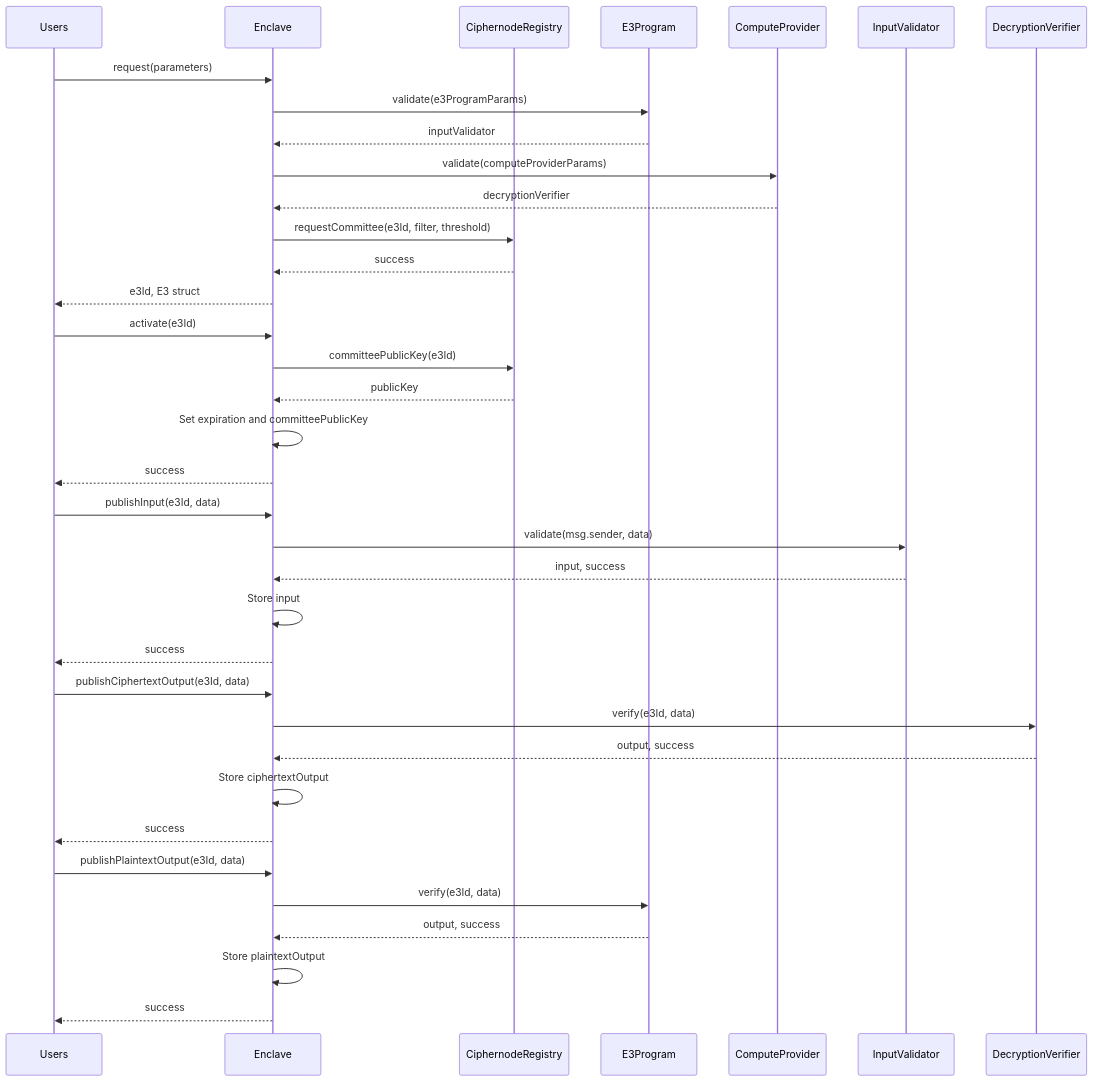
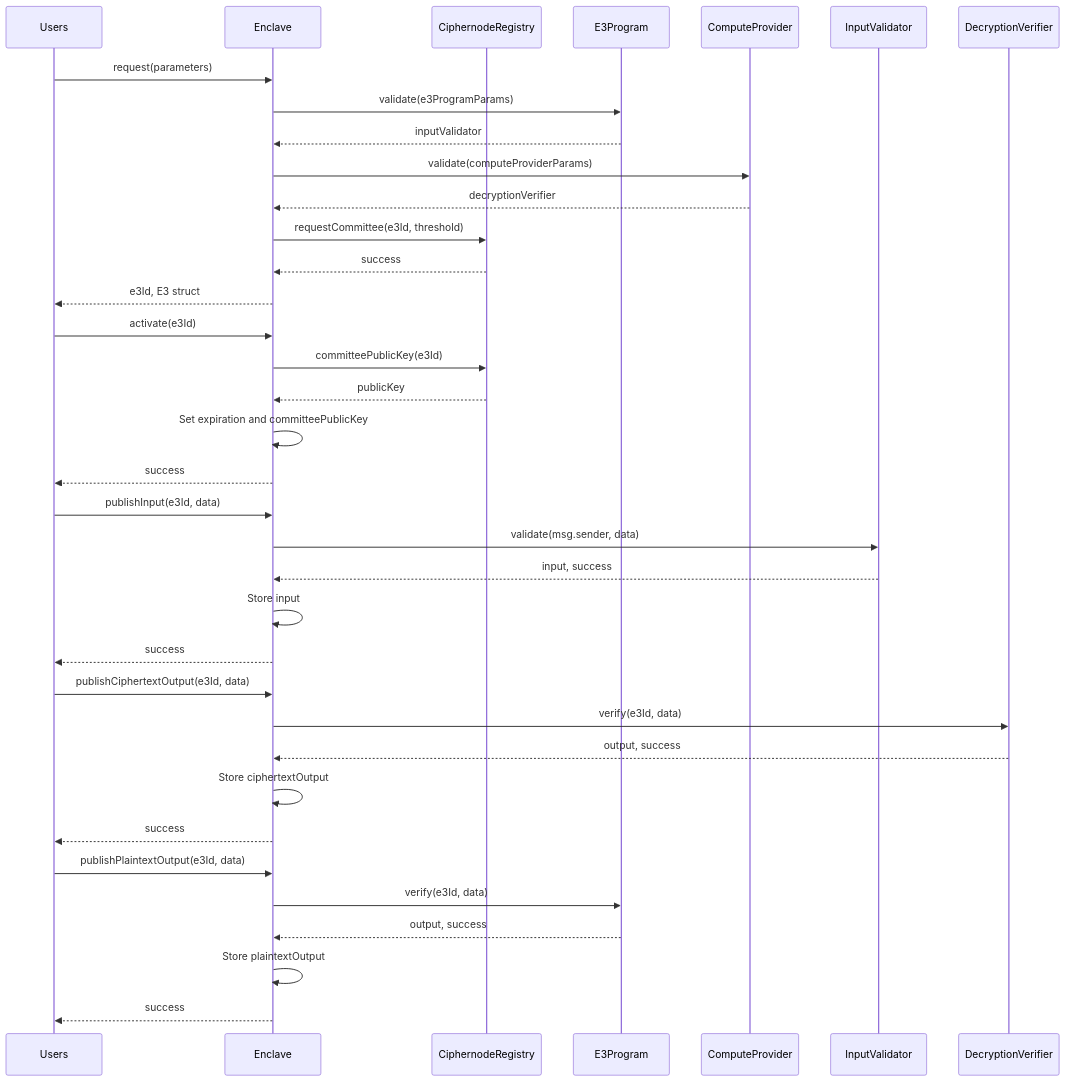
Before and after one commit to gnosisguild/enclave: the diagram in README.md, drawn with Mermaid. The commit also changed other lines of this file and 47 other files, not shown here.

````diff
--- a/README.md
+++ b/README.md
@@ -135,43 +135,43 @@
 ```mermaid
 sequenceDiagram
     participant Users
     participant Enclave
     participant CiphernodeRegistry
     participant E3Program
     participant ComputeProvider
     participant InputValidator
     participant DecryptionVerifier
 
     Users->>Enclave: request(parameters)
     Enclave->>E3Program: validate(e3ProgramParams)
     E3Program-->>Enclave: inputValidator
     Enclave->>ComputeProvider: validate(computeProviderParams)
     ComputeProvider-->>Enclave: decryptionVerifier
-    Enclave->>CiphernodeRegistry: requestCommittee(e3Id, filter, threshold)
+    Enclave->>CiphernodeRegistry: requestCommittee(e3Id, threshold)
     CiphernodeRegistry-->>Enclave: success
     Enclave-->>Users: e3Id, E3 struct
 
     Users->>Enclave: activate(e3Id)
     Enclave->>CiphernodeRegistry: committeePublicKey(e3Id)
     CiphernodeRegistry-->>Enclave: publicKey
     Enclave->>Enclave: Set expiration and committeePublicKey
     Enclave-->>Users: success
 
     Users->>Enclave: publishInput(e3Id, data)
     Enclave->>InputValidator: validate(msg.sender, data)
     InputValidator-->>Enclave: input, success
     Enclave->>Enclave: Store input
     Enclave-->>Users: success
 
     Users->>Enclave: publishCiphertextOutput(e3Id, data)
     Enclave->>DecryptionVerifier: verify(e3Id, data)
     DecryptionVerifier-->>Enclave: output, success
     Enclave->>Enclave: Store ciphertextOutput
     Enclave-->>Users: success
 
     Users->>Enclave: publishPlaintextOutput(e3Id, data)
     Enclave->>E3Program: verify(e3Id, data)
     E3Program-->>Enclave: output, success
     Enclave->>Enclave: Store plaintextOutput
     Enclave-->>Users: success
 ```
````
